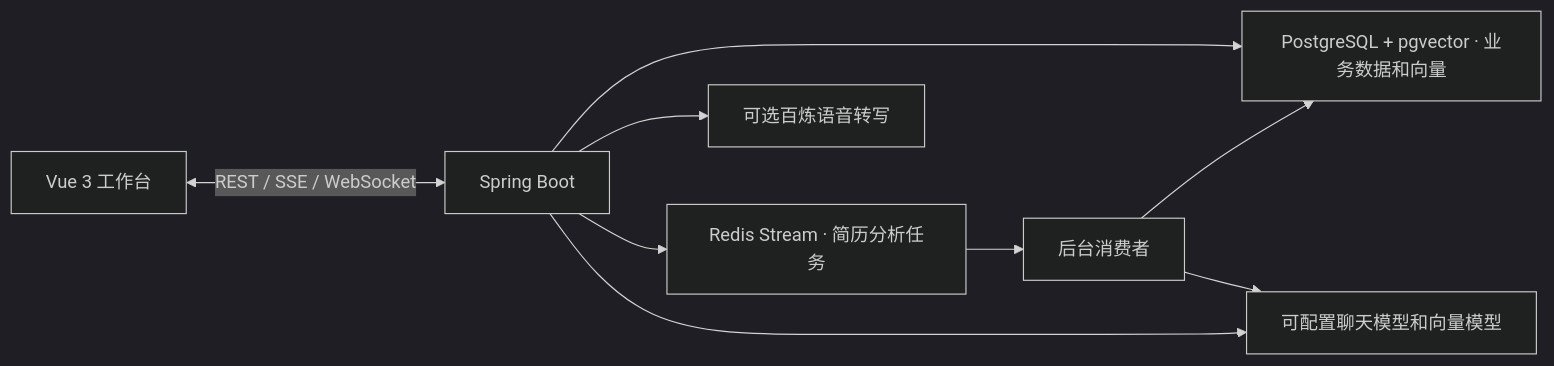
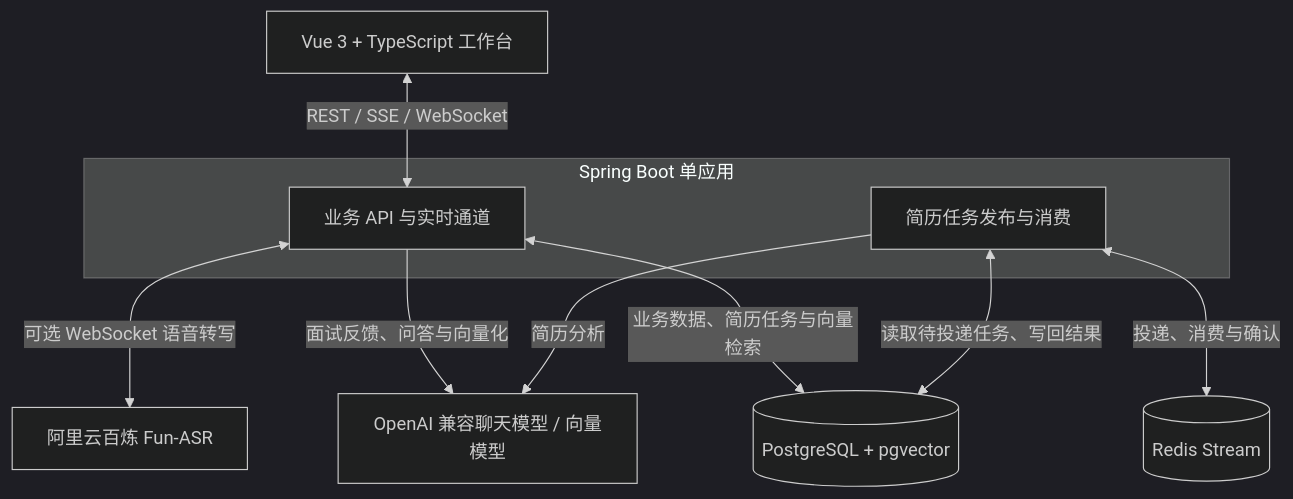
The diagram in README.md (lxh204/Ai-interview-workbench), drawn with Mermaid (dark theme) before and after one commit. The commit also changed other lines of this file, not shown here.

Commit message:
docs: explain the system architecture and data flows

````diff
--- a/README.md
+++ b/README.md
@@ -30,11 +32,20 @@
 ```mermaid
-flowchart LR
-    Vue["Vue 3 工作台"] <-->|"REST / SSE / WebSocket"| API["Spring Boot"]
-    API --> Storage["PostgreSQL + pgvector · 业务数据和向量"]
-    API --> Queue["Redis Stream · 简历分析任务"]
-    Queue --> Worker["后台消费者"]
-    Worker --> Storage
-    Worker --> Models
-    API --> Models["可配置聊天模型和向量模型"]
-    API --> ASR["可选百炼语音转写"]
+flowchart TB
+    Browser["Vue 3 + TypeScript 工作台"]
+    subgraph App["Spring Boot 单应用"]
+        API["业务 API 与实时通道"]
+        Worker["简历任务发布与消费"]
+    end
+    PG[("PostgreSQL + pgvector")]
+    Redis[("Redis Stream")]
+    Models["OpenAI 兼容聊天模型 / 向量模型"]
+    Speech["阿里云百炼 Fun-ASR"]
+
+    Browser <-->|"REST / SSE / WebSocket"| API
+    API <-->|"业务数据、简历任务与向量检索"| PG
+    API -->|"面试反馈、问答与向量化"| Models
+    API <-->|"可选 WebSocket 语音转写"| Speech
+    Worker <-->|"读取待投递任务、写回结果"| PG
+    Worker <-->|"投递、消费与确认"| Redis
+    Worker -->|"简历分析"| Models
 ```
````
